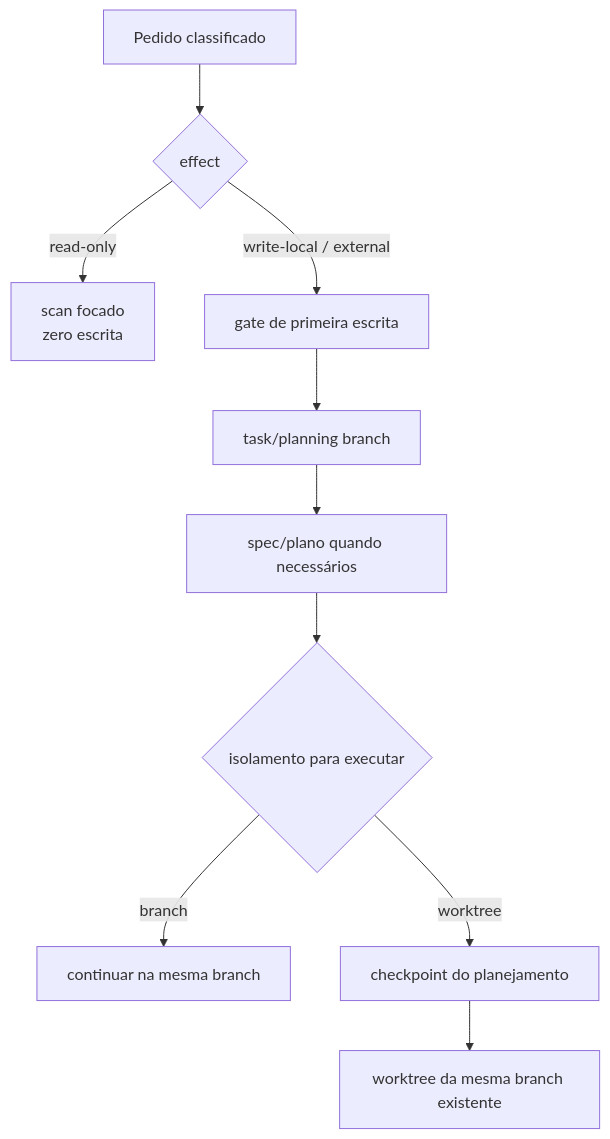
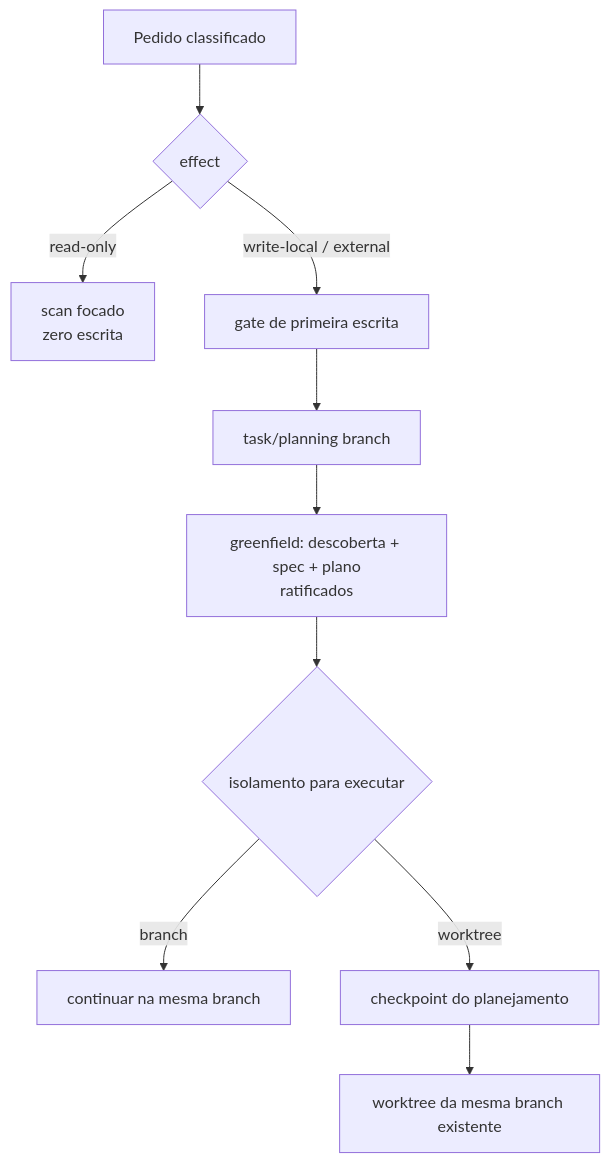
The second of 4 diagrams in README.md (rpelizza/PelizzAI), drawn with Mermaid before and after one commit. The commit also changed other lines of this file and 68 other files, not shown here.

````diff
--- a/README.md
+++ b/README.md
@@ -124,12 +178,12 @@
 ```mermaid
 flowchart TD
     D["Pedido classificado"] --> Q{"effect"}
     Q -- "read-only" --> S["scan focado<br/>zero escrita"]
     Q -- "write-local / external" --> G["gate de primeira escrita"]
     G --> B["task/planning branch"]
-    B --> P["spec/plano quando necessários"]
+    B --> P["greenfield: descoberta + spec + plano<br/>ratificados"]
     P --> I{"isolamento para executar"}
     I -- "branch" --> SAME["continuar na mesma branch"]
     I -- "worktree" --> CP["checkpoint do planejamento"]
     CP --> WT["worktree da mesma branch existente"]
 ```
````
